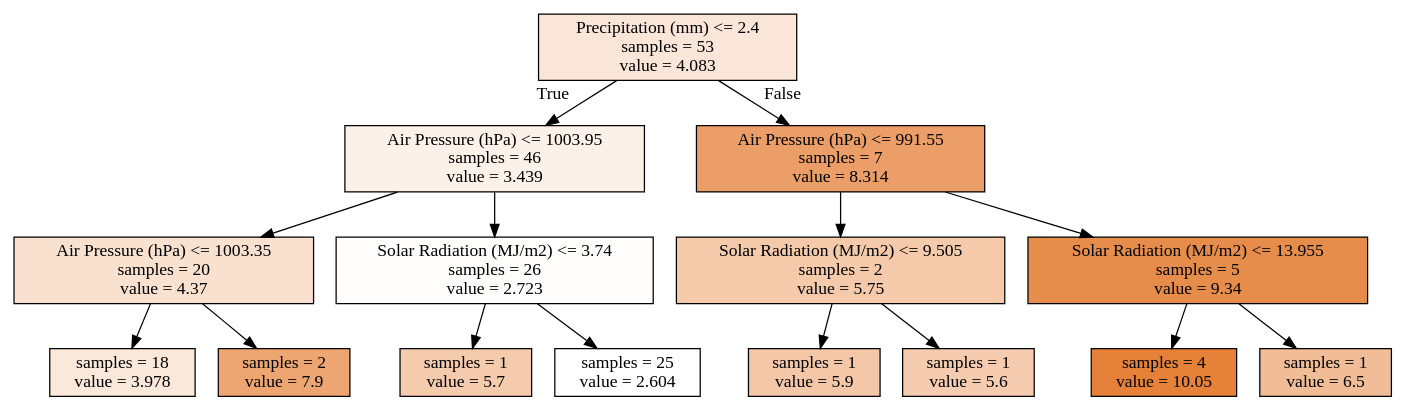
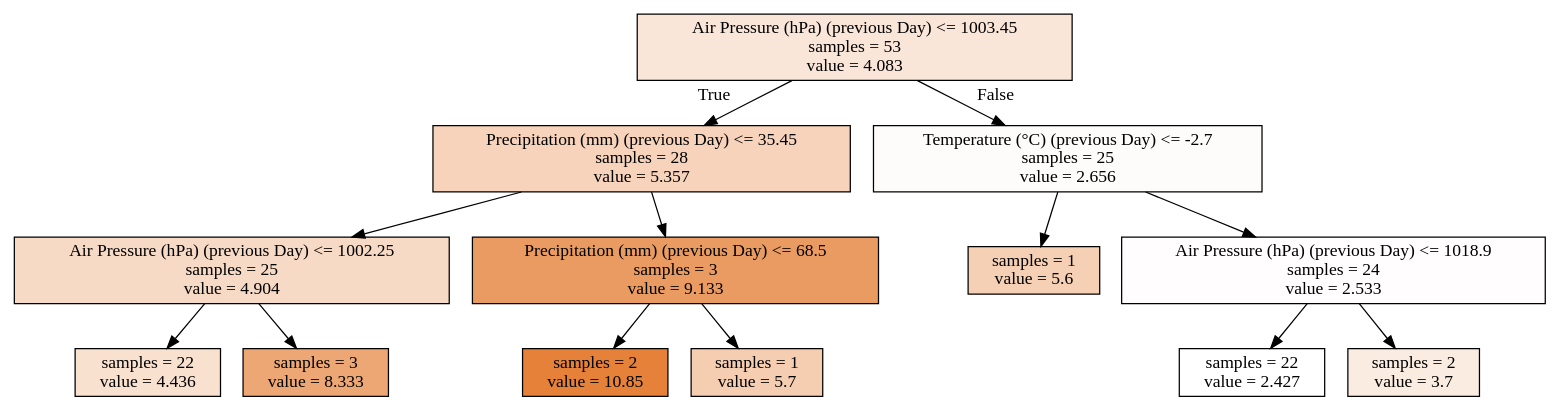
One commit to Fedeloz/Jungnangcheon_BOD_prediction changed the diagram in adspy_temp.dot. Above: the diagram before and after it, drawn with Graphviz. The commit also changed 9 other files, not shown here.

```diff
--- a/adspy_temp.dot
+++ b/adspy_temp.dot
@@ -1,32 +1,28 @@
 digraph Tree {
 node [shape=box, style="filled", color="black"] ;
-0 [label="Precipitation (mm) <= 2.4\nsamples = 53\nvalue = 4.083", fillcolor="#fae6d8"] ;
-1 [label="Air Pressure (hPa) <= 1003.95\nsamples = 46\nvalue = 3.439", fillcolor="#fcf1e9"] ;
+0 [label="Air Pressure (hPa) (previous Day) <= 1003.45\nsamples = 53\nvalue = 4.083", fillcolor="#fae6d8"] ;
+1 [label="Precipitation (mm) (previous Day) <= 35.45\nsamples = 28\nvalue = 5.357", fillcolor="#f6d3ba"] ;
 0 -> 1 [labeldistance=2.5, labelangle=45, headlabel="True"] ;
-2 [label="Air Pressure (hPa) <= 1003.35\nsamples = 20\nvalue = 4.37", fillcolor="#f9e1d0"] ;
+2 [label="Air Pressure (hPa) (previous Day) <= 1002.25\nsamples = 25\nvalue = 4.904", fillcolor="#f7dac5"] ;
 1 -> 2 ;
-3 [label="samples = 18\nvalue = 3.978", fillcolor="#fae8da"] ;
+3 [label="samples = 22\nvalue = 4.436", fillcolor="#f9e1d0"] ;
 2 -> 3 ;
-4 [label="samples = 2\nvalue = 7.9", fillcolor="#eda572"] ;
+4 [label="samples = 3\nvalue = 8.333", fillcolor="#eda774"] ;
 2 -> 4 ;
-5 [label="Solar Radiation (MJ/m2) <= 3.74\nsamples = 26\nvalue = 2.723", fillcolor="#fffdfc"] ;
+5 [label="Precipitation (mm) (previous Day) <= 68.5\nsamples = 3\nvalue = 9.133", fillcolor="#ea9b61"] ;
 1 -> 5 ;
-6 [label="samples = 1\nvalue = 5.7", fillcolor="#f4cbad"] ;
+6 [label="samples = 2\nvalue = 10.85", fillcolor="#e58139"] ;
 5 -> 6 ;
-7 [label="samples = 25\nvalue = 2.604", fillcolor="#ffffff"] ;
+7 [label="samples = 1\nvalue = 5.7", fillcolor="#f5ceb2"] ;
 5 -> 7 ;
-8 [label="Air Pressure (hPa) <= 991.55\nsamples = 7\nvalue = 8.314", fillcolor="#eb9e67"] ;
+8 [label="Temperature (°C) (previous Day) <= -2.7\nsamples = 25\nvalue = 2.656", fillcolor="#fefcfa"] ;
 0 -> 8 [labeldistance=2.5, labelangle=-45, headlabel="False"] ;
-9 [label="Solar Radiation (MJ/m2) <= 9.505\nsamples = 2\nvalue = 5.75", fillcolor="#f4caab"] ;
+9 [label="samples = 1\nvalue = 5.6", fillcolor="#f5d0b4"] ;
 8 -> 9 ;
-10 [label="samples = 1\nvalue = 5.9", fillcolor="#f3c7a7"] ;
-9 -> 10 ;
-11 [label="samples = 1\nvalue = 5.6", fillcolor="#f5ccaf"] ;
-9 -> 11 ;
-12 [label="Solar Radiation (MJ/m2) <= 13.955\nsamples = 5\nvalue = 9.34", fillcolor="#e78d4c"] ;
-8 -> 12 ;
-13 [label="samples = 4\nvalue = 10.05", fillcolor="#e58139"] ;
-12 -> 13 ;
-14 [label="samples = 1\nvalue = 6.5", fillcolor="#f1bd97"] ;
-12 -> 14 ;
+10 [label="Air Pressure (hPa) (previous Day) <= 1018.9\nsamples = 24\nvalue = 2.533", fillcolor="#fffdfd"] ;
+8 -> 10 ;
+11 [label="samples = 22\nvalue = 2.427", fillcolor="#ffffff"] ;
+10 -> 11 ;
+12 [label="samples = 2\nvalue = 3.7", fillcolor="#fbece1"] ;
+10 -> 12 ;
 }
```
